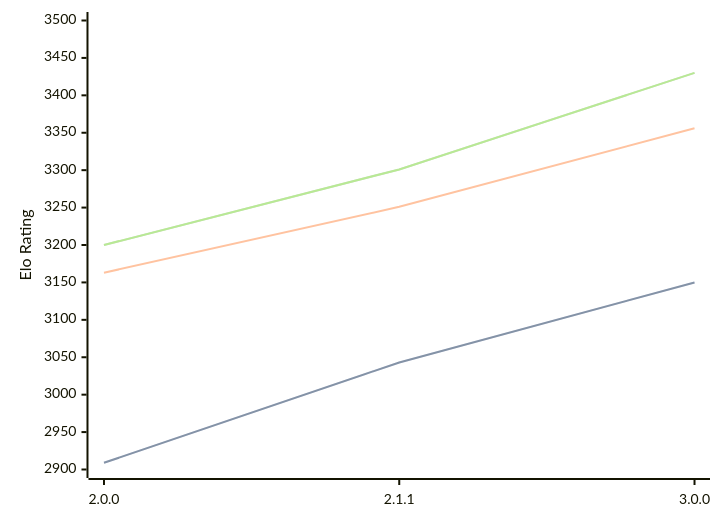
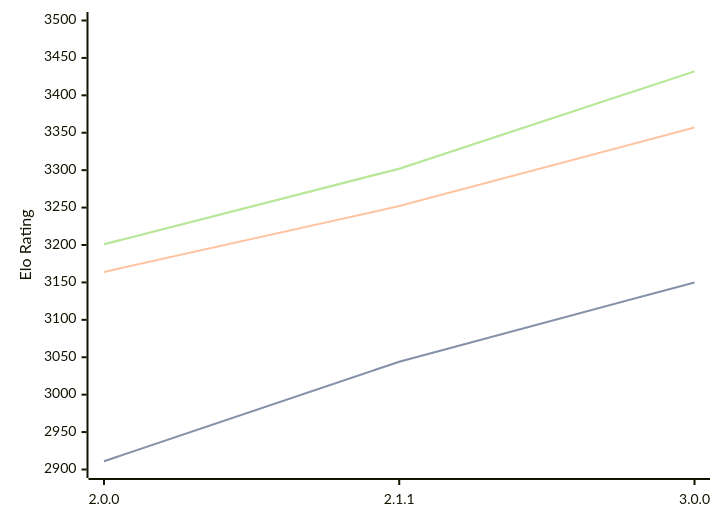
One commit to computer-chess-index/cci changed the diagram in engines/Bread.md. Above: the diagram before and after it, drawn with Mermaid. The commit also changed other lines of this file, not shown here.

Commit message:
Update CCI Ratings (ELO VLTC) - 2026-05-06

````diff
--- a/engines/Bread.md
+++ b/engines/Bread.md
@@ -51,11 +51,11 @@
 ```mermaid
 %%{init: {"theme":"base","themeVariables":{"seriesColors:['#a3a3a3','#222221','#faa371']}}}%%
 xychart-beta
   x-axis ["2.0.0", "2.1.1", "3.0.0"]
   y-axis "Elo Rating" 2900 --> 3500
-  line "STC (8.0+0.08s)" [2909, 3043, 3150]
-  line "STC (8.0+0.08s)" [2909, 3043, 3150]
-  line "LTC (60.0+0.60s)" [3163, 3251, 3356]
-  line "VLTC (2m24s+1.12s)" [3200, 3301, 3430]
-  line "VLTC (2m24s+1.12s)" [3200, 3301, 3430]
+  line "STC (8.0+0.08s)" [2911, 3044, 3150]
+  line "STC (8.0+0.08s)" [2911, 3044, 3150]
+  line "LTC (60.0+0.60s)" [3164, 3252, 3357]
+  line "VLTC (2m24s+1.12s)" [3201, 3302, 3432]
+  line "VLTC (2m24s+1.12s)" [3201, 3302, 3432]
 ```
````
